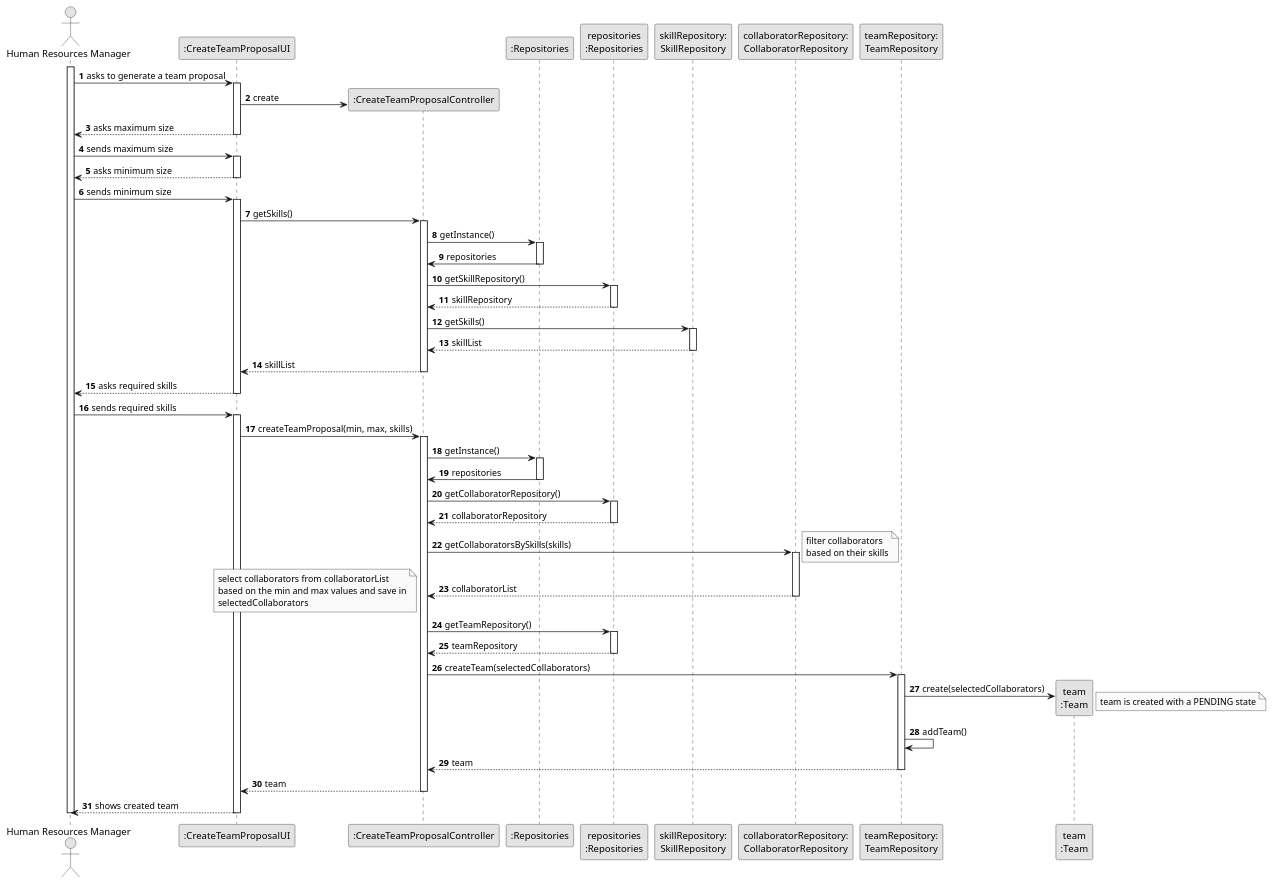
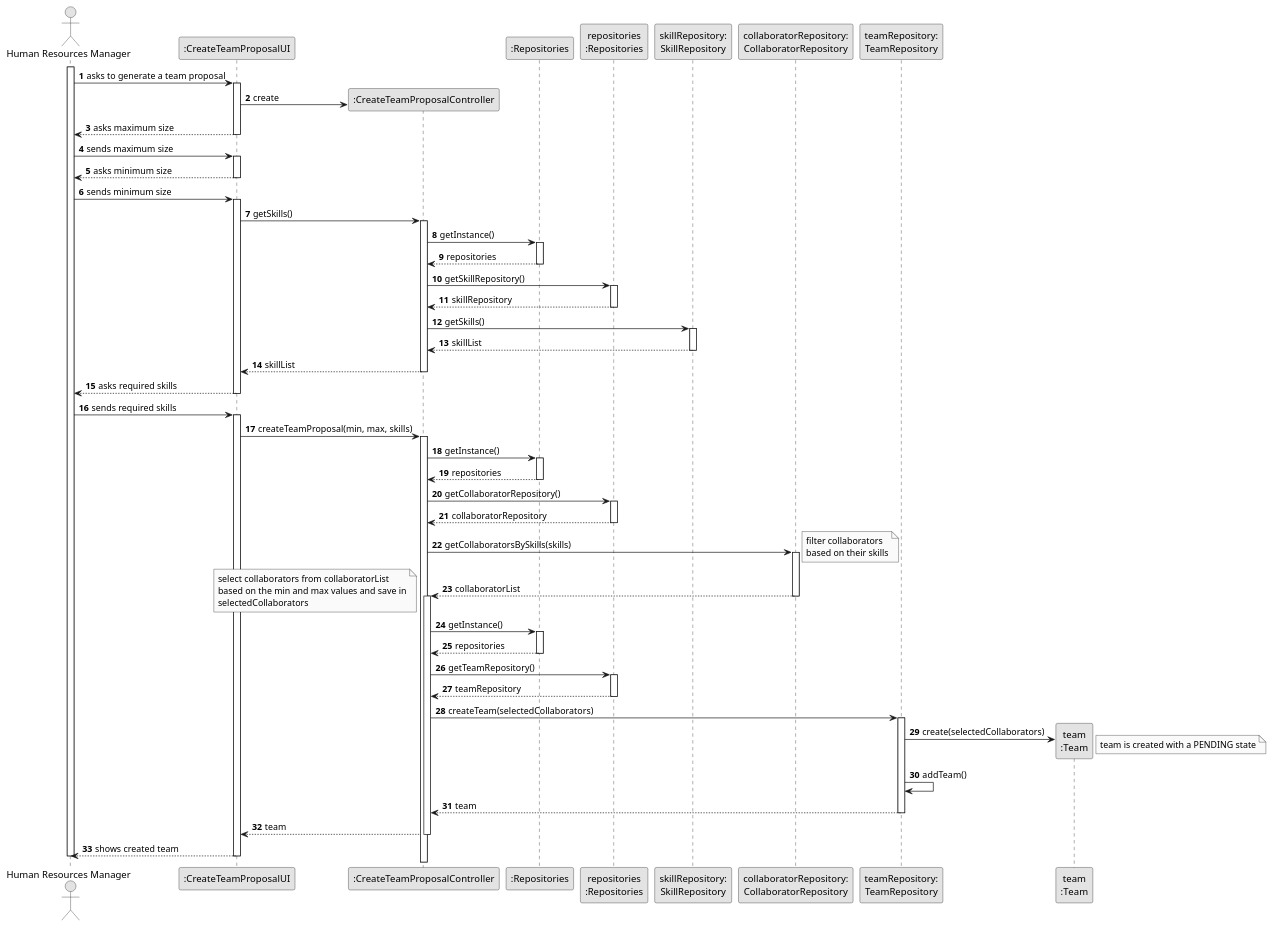
One commit to Departamento-de-Engenharia-Informatica/lei-24-s2-1do-g164 changed the diagram in docs/sprintB/us005/03.design/puml/us005-sequence-diagram-full.puml. Above: the diagram before and after it, drawn with PlantUML. The commit also changed 13 other files, not shown here.

Commit message:
us005(docs): class diagram and sequence diagram partials

```diff
--- a/docs/sprintB/us005/03.design/puml/us005-sequence-diagram-full.puml
+++ b/docs/sprintB/us005/03.design/puml/us005-sequence-diagram-full.puml
@@ -1,98 +1,107 @@
 @startuml
 skinparam monochrome true
 skinparam packageStyle rectangle
 skinparam shadowing false
 
 autonumber
 
 actor "Human Resources Manager" as HRM
 participant ":CreateTeamProposalUI" as UI
 participant ":CreateTeamProposalController" as CTRL
 participant ":Repositories" as RepositorySingleton
 participant "repositories\n:Repositories" as PLAT
 participant "skillRepository:\nSkillRepository" as SkillRepository
 participant "collaboratorRepository:\nCollaboratorRepository" as CollaboratorRepository
 participant "teamRepository:\nTeamRepository" as TeamRepository
 ' participant "taskCategoryRepository:\nTaskCategoryRepository" as TaskCategoryRepository
 ' participant ":ApplicationSession" as _APP
 ' participant "appSession\n:ApplicationSession" as APP
 ' participant "currentSession\n:UserSession" as SESSAO
 ' participant "organizationRepository:\nOrganizationRepository" as OrganizationRepository
 ' participant "organization\n:Organization" as ORG
 participant "team\n:Team" as TEAM
 
 activate HRM
   HRM -> UI : asks to generate a team proposal
   activate UI
     UI -> CTRL** : create
     UI --> HRM : asks maximum size
   deactivate UI
 
   HRM -> UI : sends maximum size
   activate UI
     UI --> HRM : asks minimum size
   deactivate UI
 
   HRM -> UI : sends minimum size
   activate UI
     UI -> CTRL : getSkills()
     activate CTRL
       CTRL -> RepositorySingleton : getInstance()
       activate RepositorySingleton
-        RepositorySingleton -> CTRL : repositories
+        RepositorySingleton --> CTRL : repositories
       deactivate RepositorySingleton
 
       CTRL -> PLAT : getSkillRepository()
       activate PLAT
         PLAT --> CTRL : skillRepository
       deactivate PLAT
 
       CTRL -> SkillRepository : getSkills()
       activate SkillRepository
         SkillRepository --> CTRL : skillList
       deactivate SkillRepository
       CTRL --> UI : skillList
     deactivate CTRL
 
     UI --> HRM : asks required skills
   deactivate UI
 
   HRM -> UI : sends required skills
   activate UI
     UI -> CTRL : createTeamProposal(min, max, skills)
     activate CTRL
       CTRL -> RepositorySingleton : getInstance()
       activate RepositorySingleton
-        RepositorySingleton -> CTRL : repositories
+        RepositorySingleton --> CTRL : repositories
       deactivate RepositorySingleton
 
       CTRL -> PLAT : getCollaboratorRepository()
       activate PLAT
         PLAT --> CTRL : collaboratorRepository
       deactivate PLAT
 
       CTRL -> CollaboratorRepository : getCollaboratorsBySkills(skills)
       note right : filter collaborators\nbased on their skills
       activate CollaboratorRepository
         CollaboratorRepository --> CTRL : collaboratorList
       deactivate CollaboratorRepository
       note bottom : select collaborators from collaboratorList\nbased on the min and max values and save in\nselectedCollaborators
+
+
+activate CTRL
+      CTRL -> RepositorySingleton : getInstance()
+      activate RepositorySingleton
+        RepositorySingleton --> CTRL : repositories
+      deactivate RepositorySingleton
+
+
 
       CTRL -> PLAT : getTeamRepository()
       activate PLAT
         PLAT --> CTRL : teamRepository
       deactivate PLAT
 
       CTRL -> TeamRepository : createTeam(selectedCollaborators)
       activate TeamRepository
         TeamRepository -> TEAM** : create(selectedCollaborators)
         note right : team is created with a PENDING state
         TeamRepository -> TeamRepository : addTeam()
         TeamRepository --> CTRL : team
       deactivate TeamRepository
       CTRL --> UI : team
     deactivate CTRL
     UI --> HRM : shows created team
   deactivate UI
 deactivate HRM
 @enduml
```
